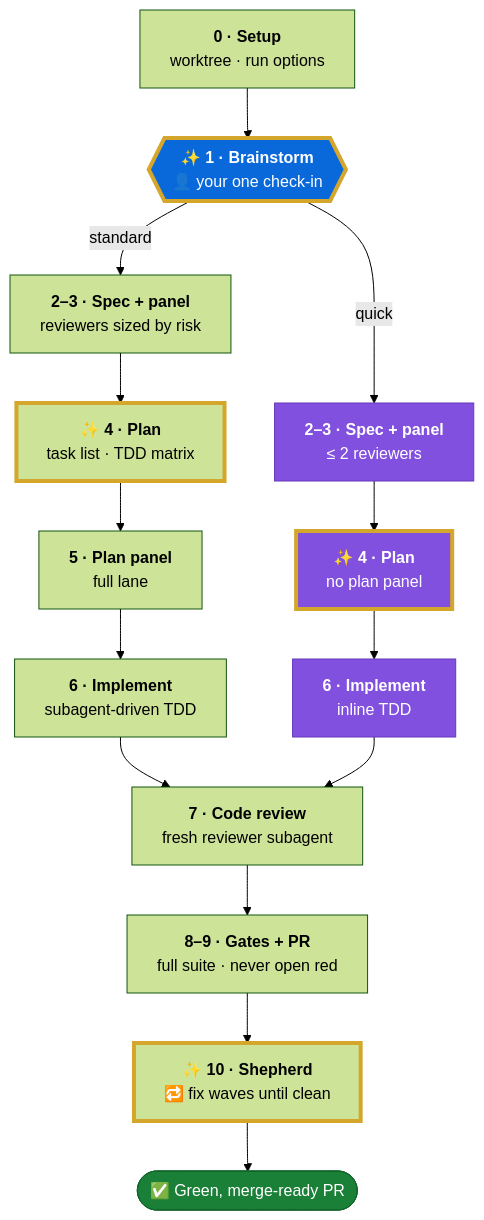
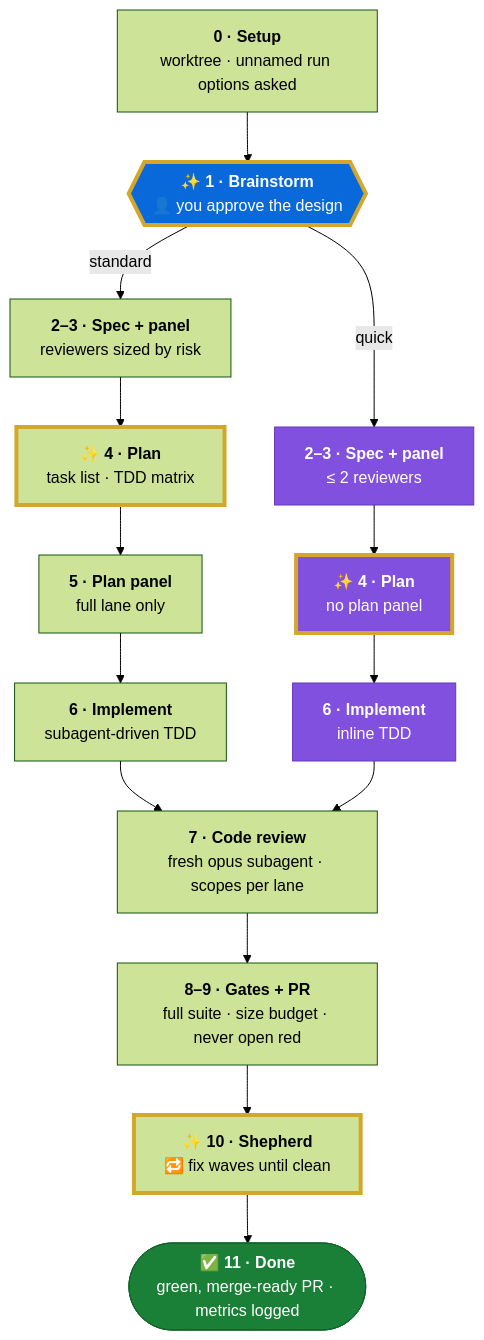
One commit to vtrifonov/oneshot-pipeline changed the diagram in README.md. Above: the diagram before and after it, drawn with Mermaid (forest theme). The commit also changed other lines of this file, not shown here.

First line of the commit message:
docs: bring README and pipeline diagram up to date

````diff
--- a/README.md
+++ b/README.md
@@ -32,30 +39,30 @@
 ```mermaid
 flowchart TD
-    setup["<b>0 · Setup</b><br/>worktree · run options"] --> brainstorm{{"<b>✨ 1 · Brainstorm</b><br/>👤 your one check-in"}}
+    setup["<b>0 · Setup</b><br/>worktree · unnamed run options asked"] --> brainstorm{{"<b>✨ 1 · Brainstorm</b><br/>👤 you approve the design"}}
 
     brainstorm -- standard --> sspec["<b>2–3 · Spec + panel</b><br/>reviewers sized by risk"]
     sspec --> splan["<b>✨ 4 · Plan</b><br/>task list · TDD matrix"]
-    splan --> spanel["<b>5 · Plan panel</b><br/>full lane"]
+    splan --> spanel["<b>5 · Plan panel</b><br/>full lane only"]
     spanel --> ssdd["<b>6 · Implement</b><br/>subagent-driven TDD"]
 
     brainstorm -- quick --> qspec["<b>2–3 · Spec + panel</b><br/>≤ 2 reviewers"]
     qspec --> qplan["<b>✨ 4 · Plan</b><br/>no plan panel"]
     qplan --> qinline["<b>6 · Implement</b><br/>inline TDD"]
 
-    ssdd --> review["<b>7 · Code review</b><br/>fresh reviewer subagent"]
+    ssdd --> review["<b>7 · Code review</b><br/>fresh opus subagent · scopes per lane"]
     qinline --> review
-    review --> gates["<b>8–9 · Gates + PR</b><br/>full suite · never open red"]
+    review --> gates["<b>8–9 · Gates + PR</b><br/>full suite · size budget · never open red"]
     gates --> shepherd["<b>✨ 10 · Shepherd</b><br/>🔁 fix waves until clean"]
-    shepherd --> done(["✅ Green, merge-ready PR"])
+    shepherd --> done(["<b>✅ 11 · Done</b><br/>green, merge-ready PR · metrics logged"])
 
     classDef you fill:#0969da,stroke:#0550ae,color:#fff
     classDef quick fill:#8250df,stroke:#6639ba,color:#fff
     classDef finish fill:#1a7f37,stroke:#116329,color:#fff
     class brainstorm you
     class qspec,qplan,qinline quick
     class done finish
     style brainstorm stroke:#d4a72c,stroke-width:4px
     style splan stroke:#d4a72c,stroke-width:4px
     style qplan stroke:#d4a72c,stroke-width:4px
     style shepherd stroke:#d4a72c,stroke-width:4px
 ```
````
